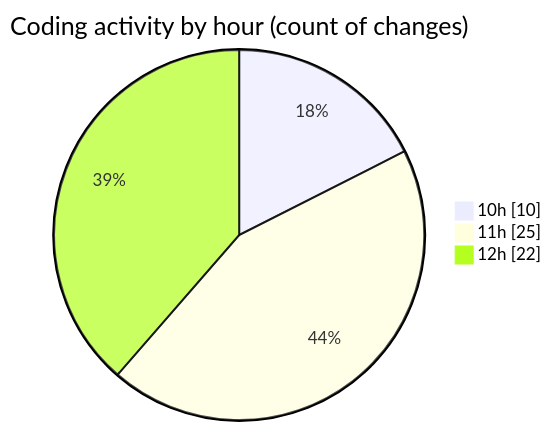
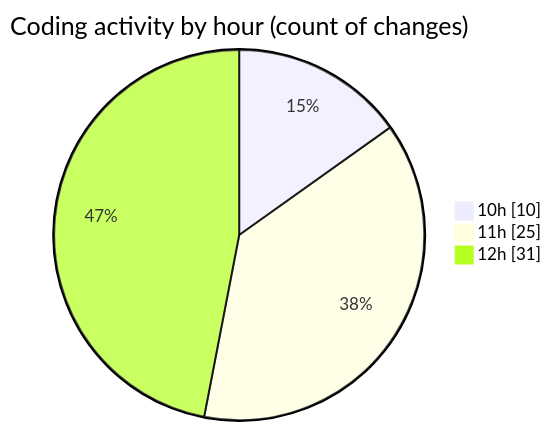
The second of 2 diagrams in 2026-05-21/pdf_invoice/README.md (momahboobian/code-tracking), drawn with Mermaid before and after one commit. The commit also changed other lines of this file and 1 other file, not shown here.

````diff
--- a/2026-05-21/pdf_invoice/README.md
+++ b/2026-05-21/pdf_invoice/README.md
@@ -35,7 +35,7 @@
 ```mermaid
 pie showData
 title Coding activity by hour (count of changes)
 "10h" : 10
 "11h" : 25
-"12h" : 22
+"12h" : 31
 ```
````
